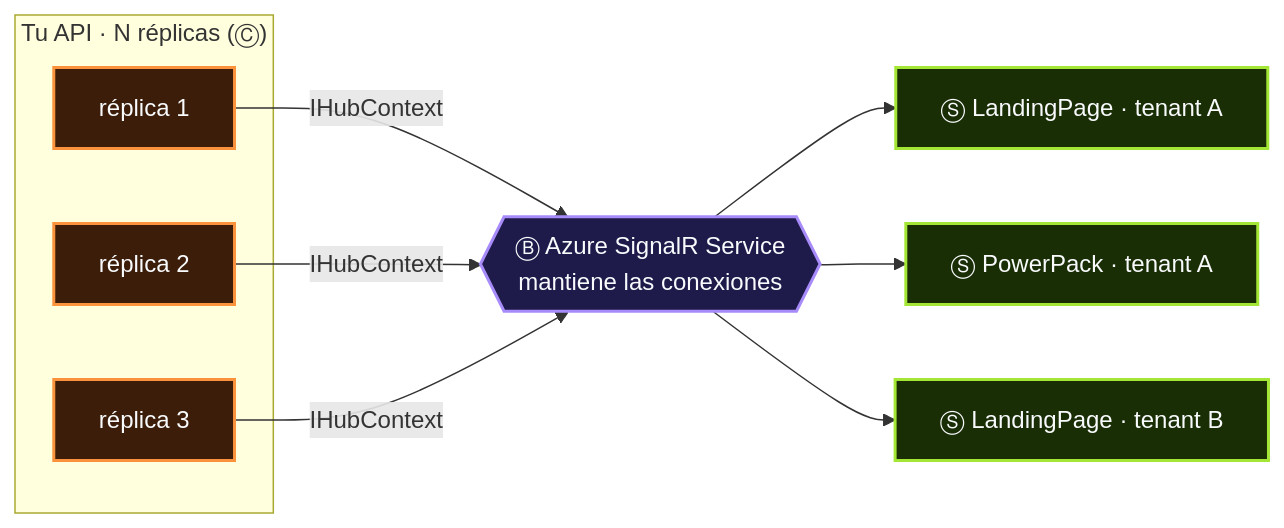
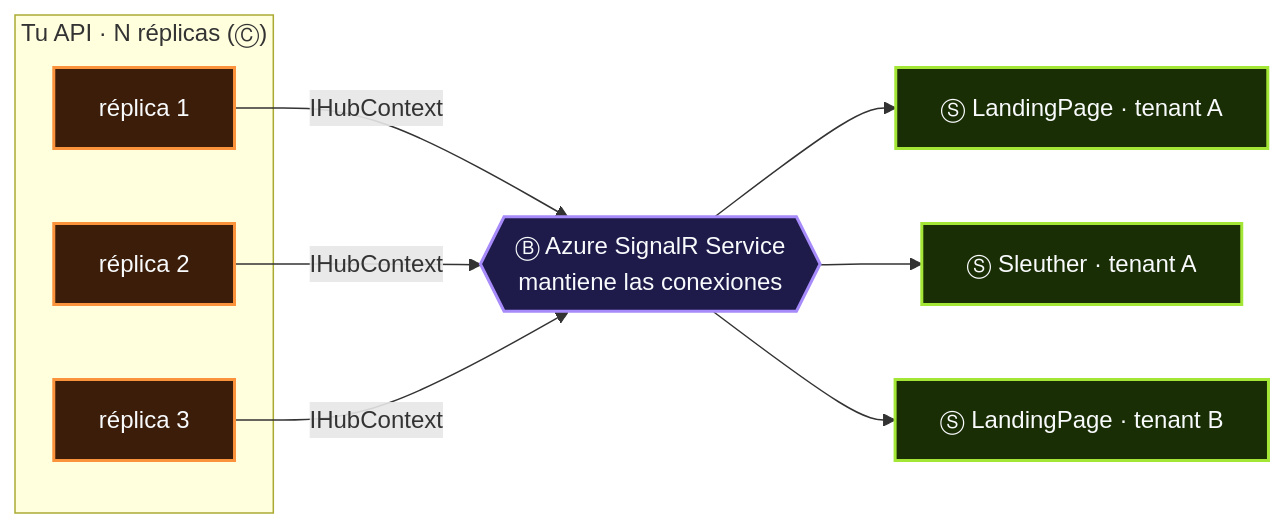
One commit to CristianSifuentes/QuickTheoryNET changed the second of 2 diagrams in docs/06-entrega.md. Above: the diagram before and after it, drawn with Mermaid. The commit also changed 17 other files, not shown here.

First line of the commit message:
Rename the PowerPack project to Sleuther

````diff
--- a/docs/06-entrega.md
+++ b/docs/06-entrega.md
@@ -86,15 +86,15 @@
 ```mermaid
 flowchart LR
     subgraph API["Tu API · N réplicas (Ⓒ)"]
         R1["réplica 1"]:::C
         R2["réplica 2"]:::C
         R3["réplica 3"]:::C
     end
     R1 & R2 & R3 -->|"IHubContext"| SR{{"Ⓑ Azure SignalR Service<br/>mantiene las conexiones"}}:::B
     SR --> U1["Ⓢ LandingPage · tenant A"]:::S
-    SR --> U2["Ⓢ PowerPack · tenant A"]:::S
+    SR --> U2["Ⓢ Sleuther · tenant A"]:::S
     SR --> U3["Ⓢ LandingPage · tenant B"]:::S
     classDef B fill:#1E1B4B,stroke:#A78BFA,color:#F8FAFC,stroke-width:2px
     classDef C fill:#3B1D0A,stroke:#FB923C,color:#F8FAFC,stroke-width:2px
     classDef S fill:#1A2E05,stroke:#A3E635,color:#F8FAFC,stroke-width:2px
 ```
````
